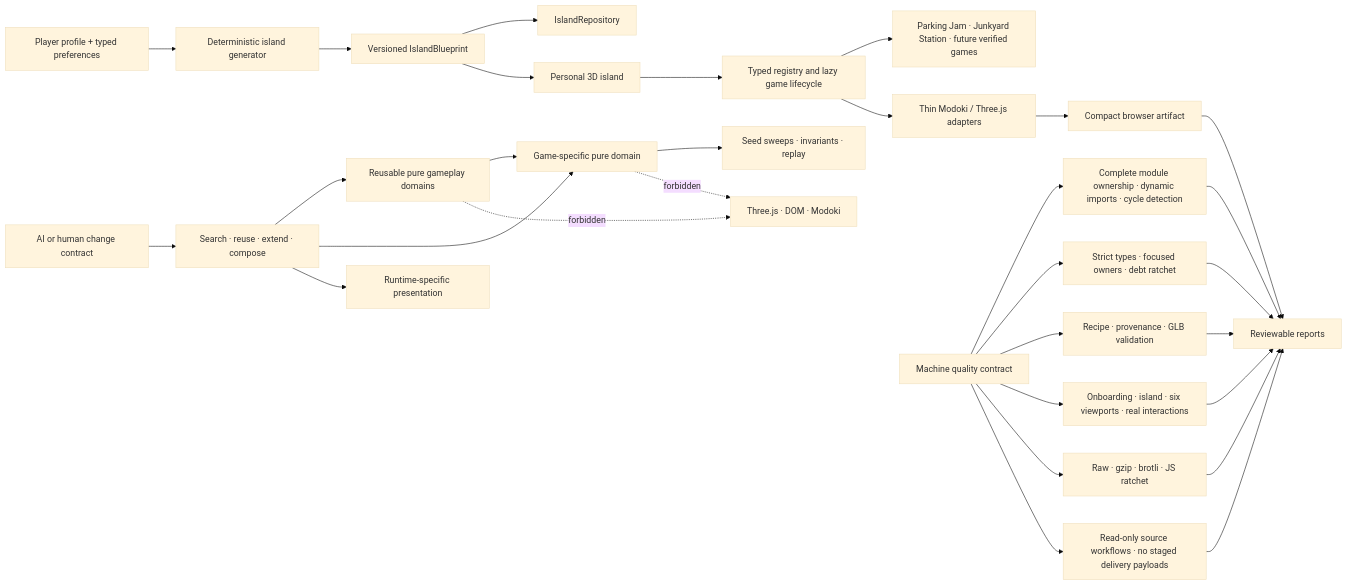
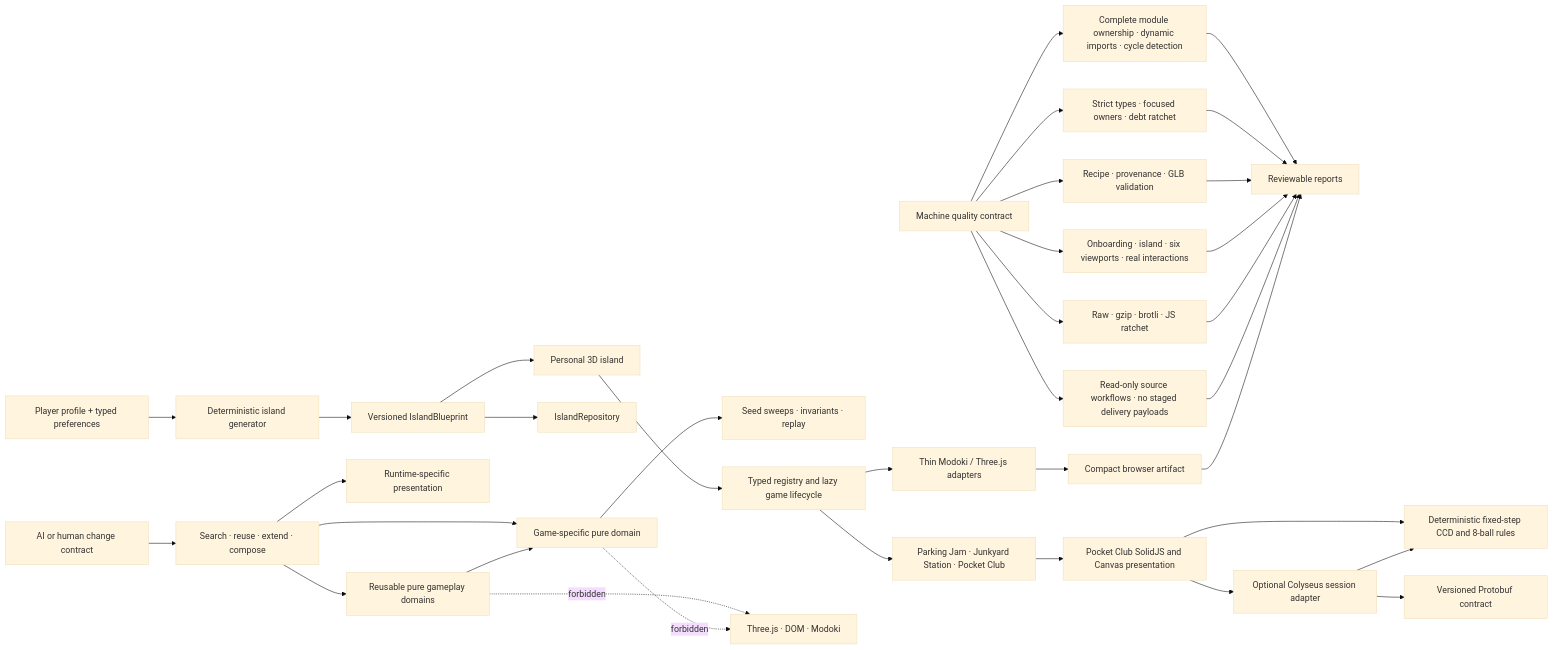
One commit to T-Damer/slop changed the diagram in architecture/target.mmd. Above: the diagram before and after it, drawn with Mermaid (base theme). The commit also changed 55 other files, not shown here.

Commit message:
feat: add clean-room Pocket Club billiards slice

```diff
--- a/architecture/target.mmd
+++ b/architecture/target.mmd
@@ -1,33 +1,39 @@
 flowchart LR
     Task[AI or human change contract] --> Search[Search · reuse · extend · compose]
     Search --> SharedDomain[Reusable pure gameplay domains]
     Search --> GameDomain[Game-specific pure domain]
     Search --> Presentation[Runtime-specific presentation]
     SharedDomain --> GameDomain
     GameDomain --> Tests[Seed sweeps · invariants · replay]
 
     Profile[Player profile + typed preferences] --> Generator[Deterministic island generator]
     Generator --> Blueprint[Versioned IslandBlueprint]
     Blueprint --> Repository[IslandRepository]
     Blueprint --> IslandScene[Personal 3D island]
     IslandScene --> Hub[Typed registry and lazy game lifecycle]
-    Hub --> Games[Parking Jam · Junkyard Station · future verified games]
+    Hub --> Games[Parking Jam · Junkyard Station · Pocket Club]
     Hub --> Runtime[Thin Modoki / Three.js adapters]
     Runtime --> Build[Compact browser artifact]
 
     Quality[Machine quality contract] --> OwnershipGate[Complete module ownership · dynamic imports · cycle detection]
     Quality --> CodeGate[Strict types · focused owners · debt ratchet]
     Quality --> AssetGate[Recipe · provenance · GLB validation]
     Quality --> UiGate[Onboarding · island · six viewports · real interactions]
     Quality --> BudgetGate[Raw · gzip · brotli · JS ratchet]
     Quality --> WorkflowGate[Read-only source workflows · no staged delivery payloads]
     OwnershipGate --> CI[Reviewable reports]
     CodeGate --> CI
     AssetGate --> CI
     UiGate --> CI
     BudgetGate --> CI
     WorkflowGate --> CI
     Build --> CI
 
     SharedDomain -. forbidden .-> Three[Three.js · DOM · Modoki]
     GameDomain -. forbidden .-> Three
+
+    Games --> BilliardsPresentation[Pocket Club SolidJS and Canvas presentation]
+    BilliardsPresentation --> BilliardsDomain[Deterministic fixed-step CCD and 8-ball rules]
+    BilliardsPresentation --> BilliardsNetwork[Optional Colyseus session adapter]
+    BilliardsNetwork --> Proto[Versioned Protobuf contract]
+    BilliardsNetwork --> BilliardsDomain
```
